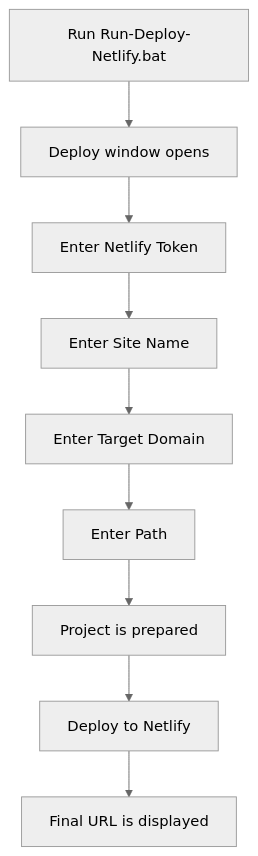
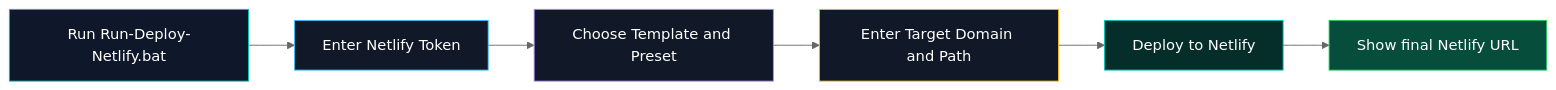
Before and after one commit to amirshaker000/netlify-relay: the diagram in README_EN.md, drawn with Mermaid (neutral theme). The commit also changed other lines of this file, not shown here.

````diff
--- a/README_EN.md
+++ b/README_EN.md
@@ -145,11 +91,15 @@
 ```mermaid
-flowchart TD
-    A[Run Run-Deploy-Netlify.bat] --> B[Deploy window opens]
-    B --> C[Enter Netlify Token]
-    C --> D[Enter Site Name]
-    D --> E[Enter Target Domain]
-    E --> F[Enter Path]
-    F --> G[Project is prepared]
-    G --> H[Deploy to Netlify]
-    H --> I[Final URL is displayed]
+flowchart LR
+    A[Run Run-Deploy-Netlify.bat] --> B[Enter Netlify Token]
+    B --> C[Choose Template and Preset]
+    C --> D[Enter Target Domain and Path]
+    D --> E[Deploy to Netlify]
+    E --> F[Show final Netlify URL]
+
+    style A fill:#0f172a,stroke:#00C7B7,color:#fff
+    style B fill:#111827,stroke:#38bdf8,color:#fff
+    style C fill:#111827,stroke:#a78bfa,color:#fff
+    style D fill:#111827,stroke:#fbbf24,color:#fff
+    style E fill:#052e2b,stroke:#00C7B7,color:#fff
+    style F fill:#064e3b,stroke:#22c55e,color:#fff
 ```
````
